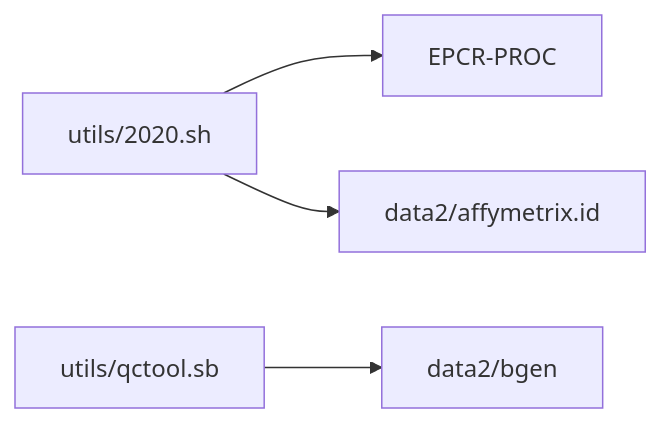
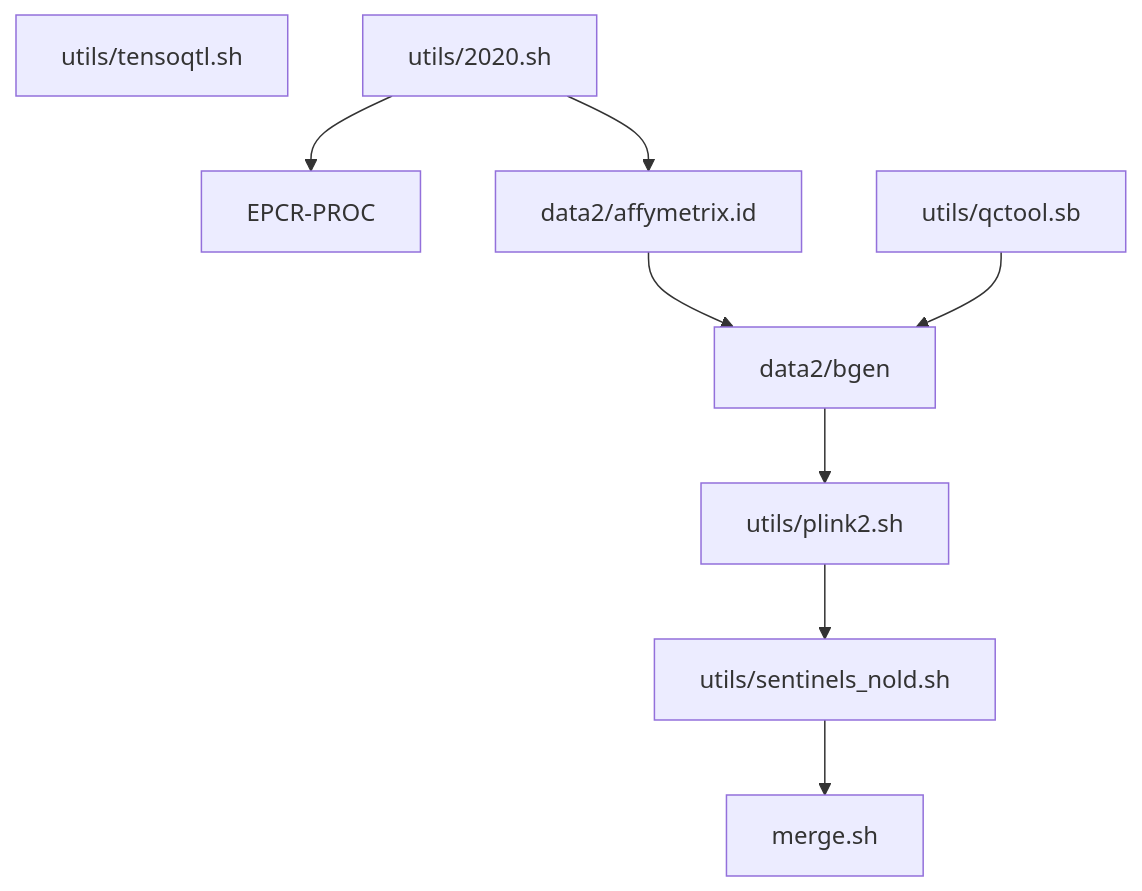
One commit to jinghuazhao/Caprion changed the diagram in README.md. Above: the diagram before and after it, drawn with Mermaid. The commit also changed other lines of this file, not shown here.

````diff
--- a/README.md
+++ b/README.md
@@ -15,6 +15,11 @@
 ```mermaid
-graph LR;
+graph TB;
+utils/tensoqtl.sh
 utils/2020.sh --> EPCR-PROC
 utils/2020.sh --> data2/affymetrix.id
+data2/affymetrix.id  --> data2/bgen
 utils/qctool.sb --> data2/bgen
+data2/bgen --> utils/plink2.sh
+utils/plink2.sh --> utils/sentinels_nold.sh
+utils/sentinels_nold.sh --> merge.sh
 ```
````
